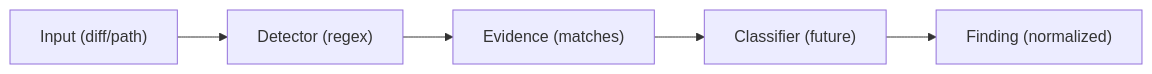
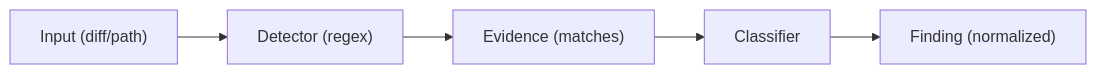
One commit to milaforge/recon changed the first of 4 diagrams in docs/architecture/detectors.md. Above: the diagram before and after it, drawn with Mermaid. The commit also changed other lines of this file and 16 other files, not shown here.

````diff
--- a/docs/architecture/detectors.md
+++ b/docs/architecture/detectors.md
@@ -7,7 +36,7 @@
 ```mermaid
 flowchart LR
     A["Input (diff/path)"] --> B["Detector (regex)"]
     B --> C["Evidence (matches)"]
-    C --> D["Classifier (future)"]
+    C --> D["Classifier"]
     D --> E["Finding (normalized)"]
 ```
````
